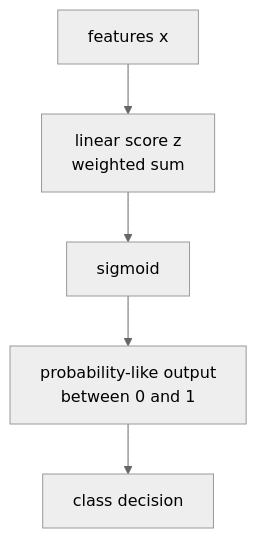
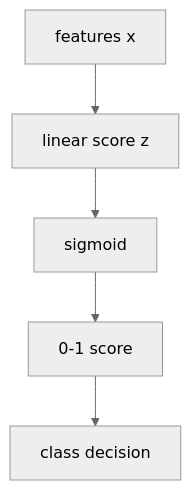
The first of 2 diagrams in docs/parts/part-04/chapter-11/section-01.md (devchan64/AiBook), drawn with Mermaid (neutral theme) before and after one commit. The commit also changed other lines of this file and 8 other files, not shown here.

````diff
--- a/docs/parts/part-04/chapter-11/section-01.md
+++ b/docs/parts/part-04/chapter-11/section-01.md
@@ -106,10 +106,10 @@
 ```mermaid
 flowchart TD
   A["features x"]
-  B["linear score z<br/>weighted sum"]
+  B["linear score z"]
   C["sigmoid"]
-  D["probability-like output<br/>between 0 and 1"]
+  D["0-1 score"]
   E["class decision"]
 
   A --> B --> C --> D --> E
 ```
````
